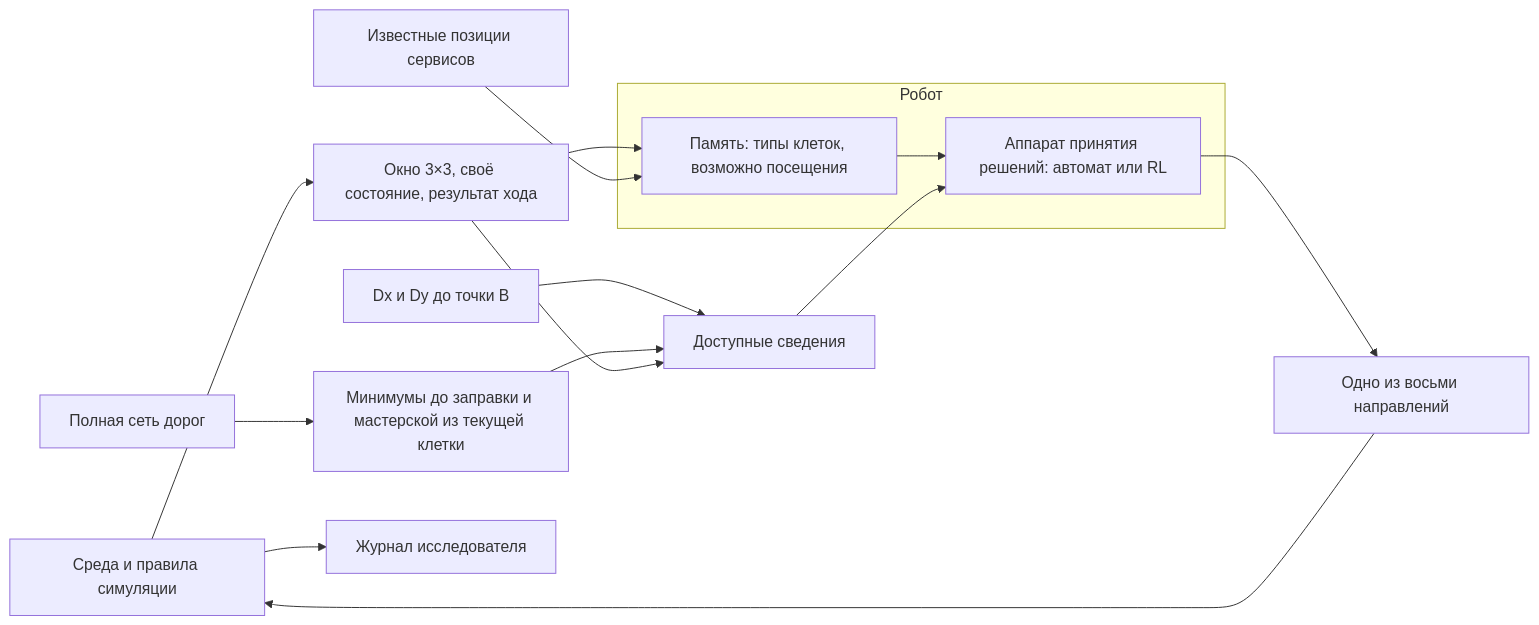
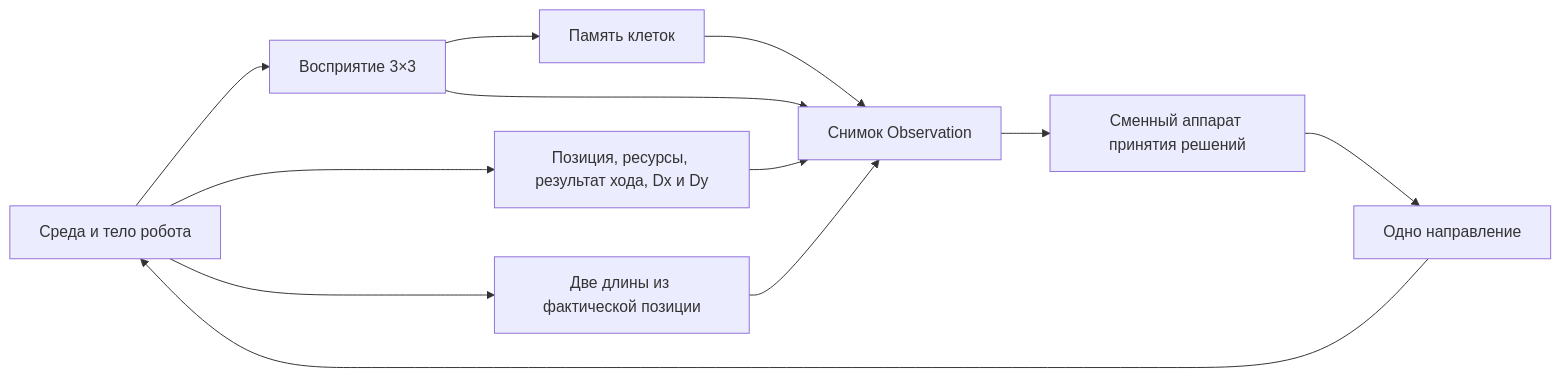
The diagram in docs/architecture.md (David-bomb/AutonomousRobotConsciousness), drawn with Mermaid before and after one commit. The commit also changed other lines of this file and 60 other files, not shown here.

````diff
--- a/docs/architecture.md
+++ b/docs/architecture.md
@@ -26,17 +24,14 @@
 ```mermaid
 flowchart LR
-    World["Среда и правила симуляции"] --> Obs["Окно 3×3, своё состояние, результат хода"]
-    Roads["Полная сеть дорог"] --> Lengths["Минимумы до заправки и мастерской из текущей клетки"]
-    Goal["Dx и Dy до точки B"] --> Input["Доступные сведения"]
-    Lengths --> Input
-    Obs --> Input
-    subgraph Robot["Робот"]
-        Memory["Память: типы клеток, возможно посещения"] --> Decision["Аппарат принятия решений: автомат или RL"]
-    end
-    Obs --> Memory
-    Known["Известные позиции сервисов"] --> Memory
-    Input --> Decision
-    Decision --> Action["Одно из восьми направлений"]
-    Action --> World
-    World --> Log["Журнал исследователя"]
+    World["Среда и тело робота"] --> Window["Восприятие 3×3"]
+    Window --> Memory["Память клеток"]
+    Memory --> View["Снимок Observation"]
+    Window --> View
+    World --> State["Позиция, ресурсы, результат хода, Dx и Dy"]
+    World --> Dist["Две длины из фактической позиции"]
+    State --> View
+    Dist --> View
+    View --> Control["Сменный аппарат принятия решений"]
+    Control --> Move["Одно направление"]
+    Move --> World
 ```
````
